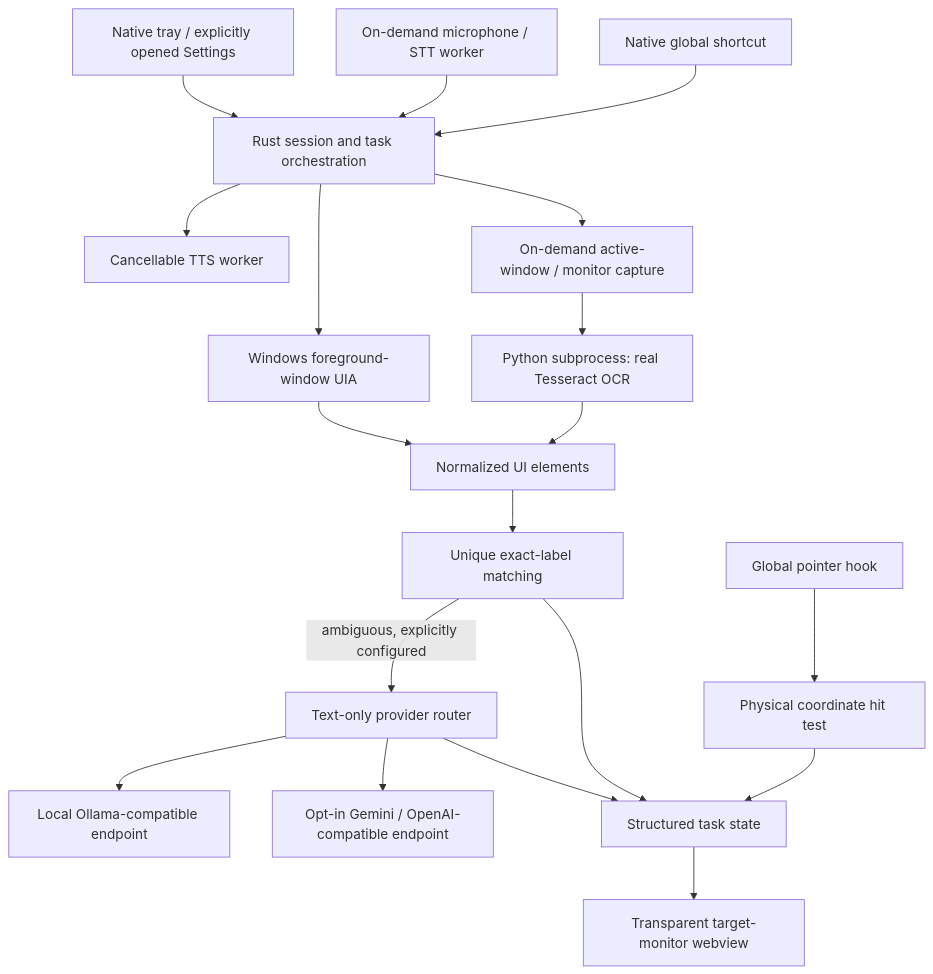
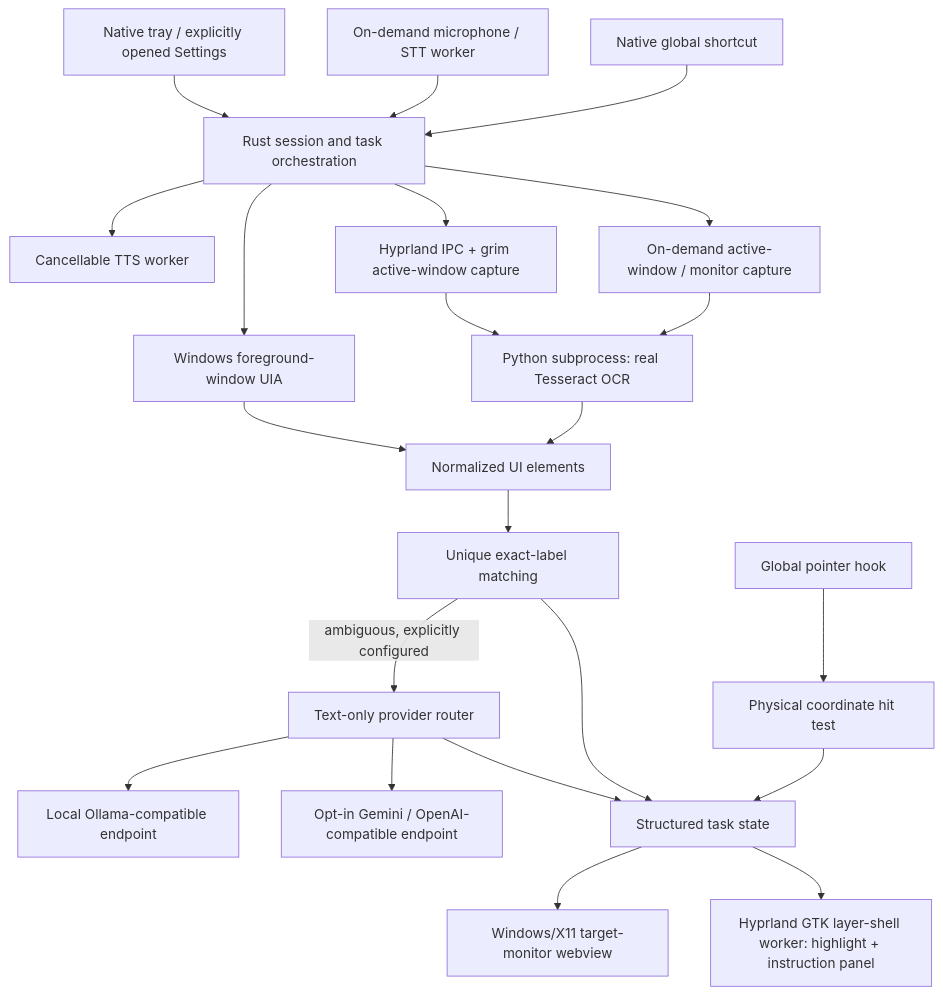
The diagram in ARCHITECTURE.md (samashech/clicky-AI), drawn with Mermaid before and after one commit. The commit also changed other lines of this file and 16 other files, not shown here.

````diff
--- a/ARCHITECTURE.md
+++ b/ARCHITECTURE.md
@@ -23,21 +23,24 @@
 ```mermaid
 flowchart TD
   Tray[Native tray / explicitly opened Settings] --> Native[Rust session and task orchestration]
   Voice[On-demand microphone / STT worker] --> Native
   Native --> Speech[Cancellable TTS worker]
   Hotkey[Native global shortcut] --> Native
   Native --> UIA[Windows foreground-window UIA]
+  Native --> Hyprland[Hyprland IPC + grim active-window capture]
+  Hyprland --> Worker
   Native --> Capture[On-demand active-window / monitor capture]
   Capture --> Worker[Python subprocess: real Tesseract OCR]
   Worker --> Elements[Normalized UI elements]
   UIA --> Elements
   Elements --> Match[Unique exact-label matching]
   Match -->|ambiguous, explicitly configured| Router[Text-only provider router]
   Router --> Ollama[Local Ollama-compatible endpoint]
   Router --> Cloud[Opt-in Gemini / OpenAI-compatible endpoint]
   Match --> Task[Structured task state]
   Router --> Task
-  Task --> Overlay[Transparent target-monitor webview]
+  Task --> Overlay[Windows/X11 target-monitor webview]
+  Task --> Layer[Hyprland GTK layer-shell worker: highlight + instruction panel]
   Input[Global pointer hook] --> HitTest[Physical coordinate hit test]
   HitTest --> Task
 ```
````
